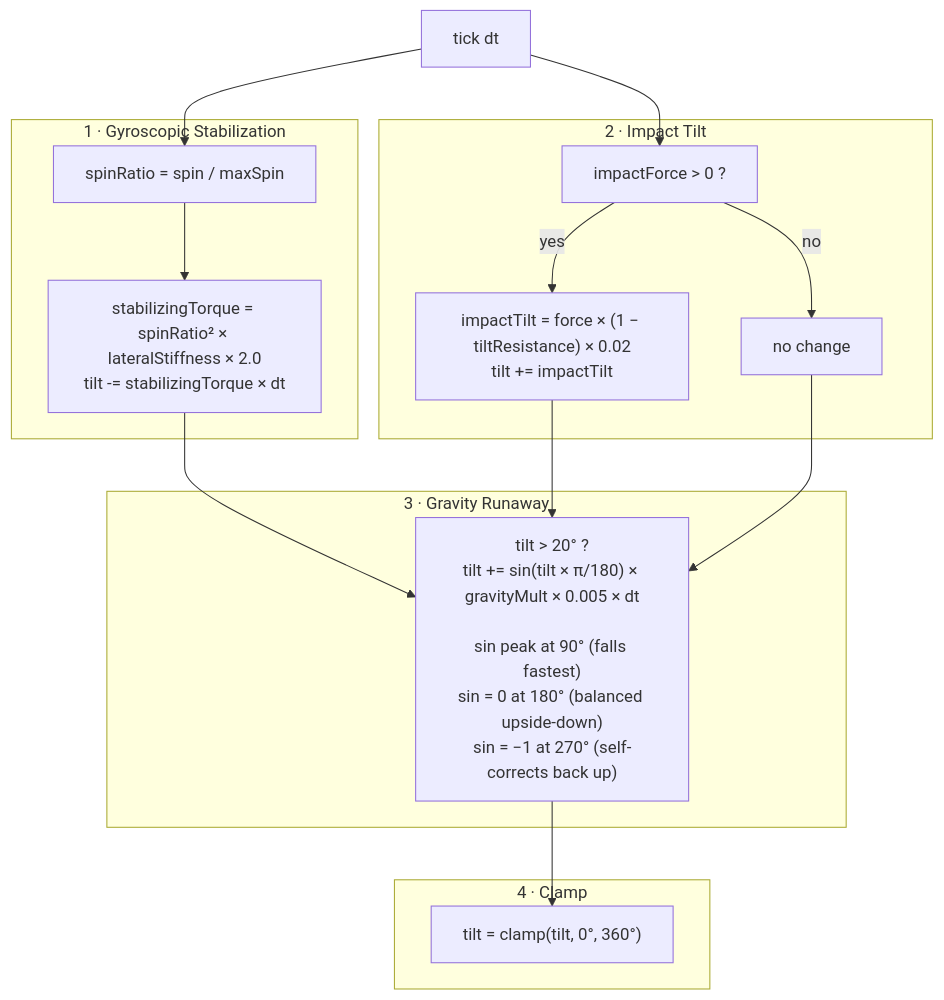
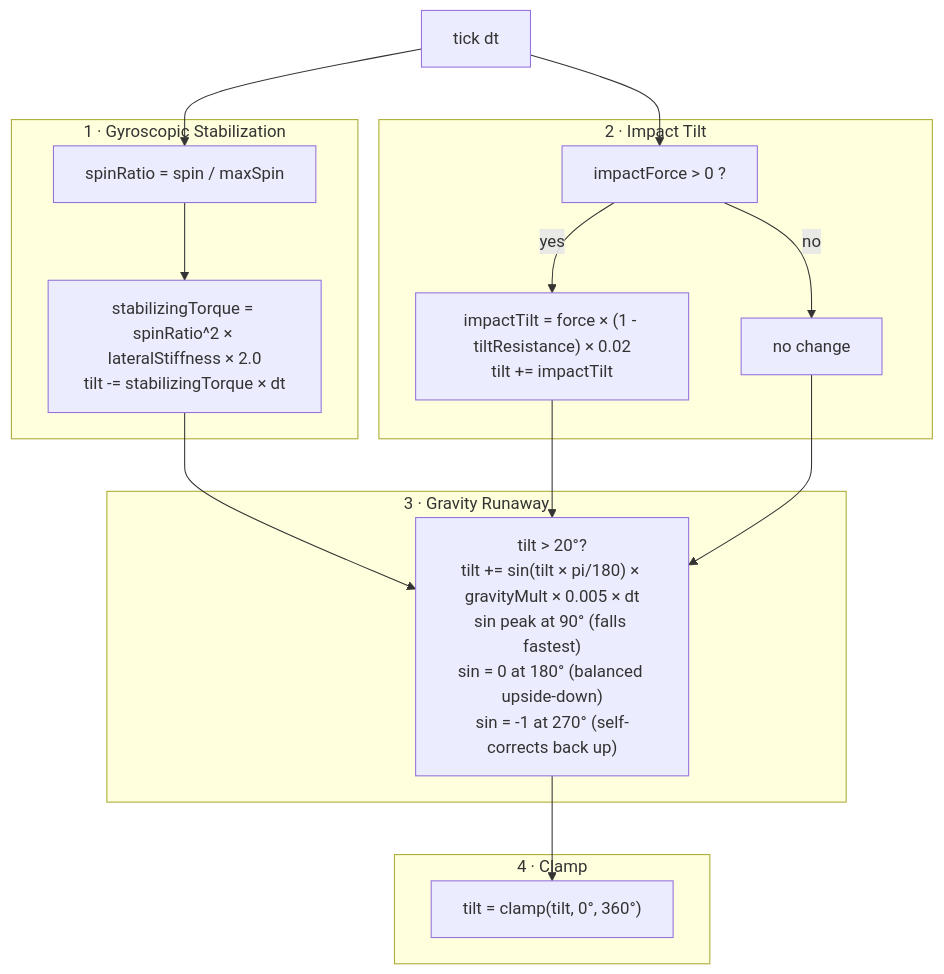
Before and after one commit to mohasinac/2.5D-Game: the second of 3 diagrams in research/diagrams/diagram-tilt-angle.md, drawn with Mermaid. The commit also changed other lines of this file and 80 other files, not shown here.

````diff
--- a/research/diagrams/diagram-tilt-angle.md
+++ b/research/diagrams/diagram-tilt-angle.md
@@ -36,32 +36,32 @@
 ```mermaid
 flowchart TD
   TICK[tick dt]
 
   subgraph "1 · Gyroscopic Stabilization"
     SPINRATIO["spinRatio = spin / maxSpin"]
-    STABFORCE["stabilizingTorque = spinRatio² × lateralStiffness × 2.0\ntilt -= stabilizingTorque × dt"]
+    STABFORCE["stabilizingTorque = spinRatio^2 × lateralStiffness × 2.0<br/>tilt -= stabilizingTorque × dt"]
   end
 
   subgraph "2 · Impact Tilt"
     HIT["impactForce > 0 ?"]
-    IMPACTTILT["impactTilt = force × (1 − tiltResistance) × 0.02\ntilt += impactTilt"]
+    IMPACTTILT["impactTilt = force × (1 - tiltResistance) × 0.02<br/>tilt += impactTilt"]
     NOHIT["no change"]
   end
 
   subgraph "3 · Gravity Runaway"
-    RUNAWAY["tilt > 20° ?\ntilt += sin(tilt × π/180) × gravityMult × 0.005 × dt\n\nsin peak at 90° (falls fastest)\nsin = 0 at 180° (balanced upside-down)\nsin = −1 at 270° (self-corrects back up)"]
+    RUNAWAY["tilt > 20°?<br/>tilt += sin(tilt × pi/180) × gravityMult × 0.005 × dt<br/>sin peak at 90° (falls fastest)<br/>sin = 0 at 180° (balanced upside-down)<br/>sin = -1 at 270° (self-corrects back up)"]
   end
 
   subgraph "4 · Clamp"
     CLAMP["tilt = clamp(tilt, 0°, 360°)"]
   end
 
   TICK --> SPINRATIO --> STABFORCE
   TICK --> HIT
   HIT -->|yes| IMPACTTILT
   HIT -->|no| NOHIT
   STABFORCE --> RUNAWAY
   IMPACTTILT --> RUNAWAY
   NOHIT --> RUNAWAY
   RUNAWAY --> CLAMP
 ```
````
